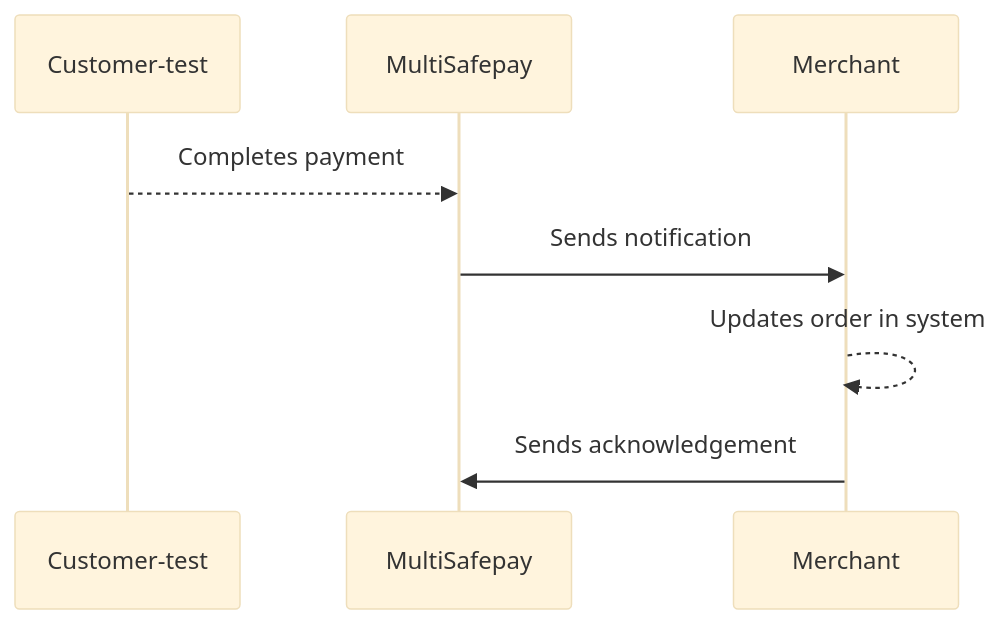
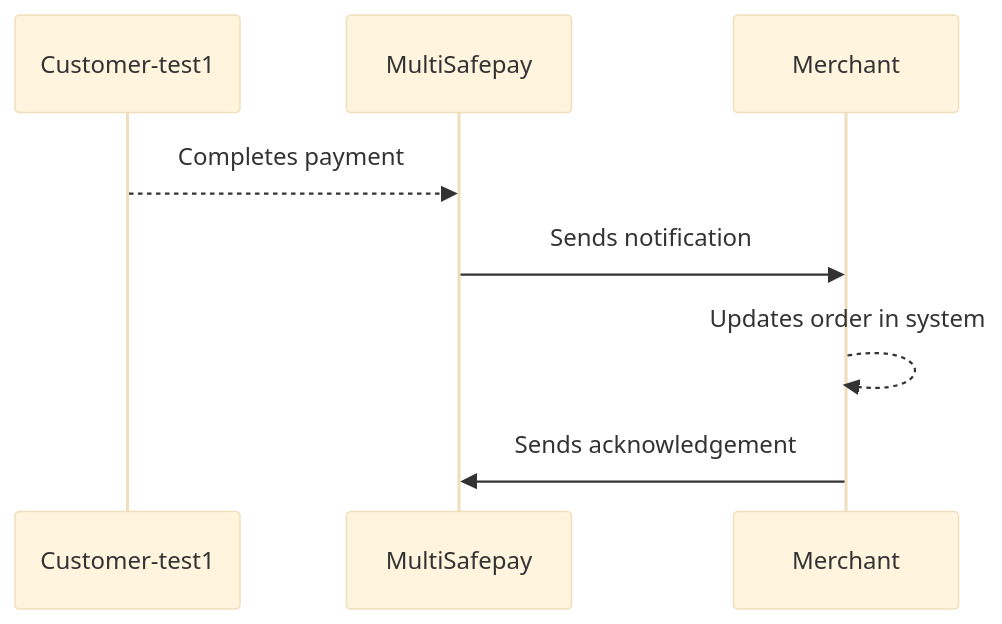
The diagram in static/diagrams/src/webhook.mmd (MultiSafepay/docs), drawn with Mermaid (base theme) before and after one commit. The commit also changed 1 other file, not shown here.

Commit message:
DOCS-3313: GitHub Action to automate mermaid diagrams

```diff
--- a/static/diagrams/src/webhook.mmd
+++ b/static/diagrams/src/webhook.mmd
@@ -1,9 +1,9 @@
 sequenceDiagram
-    participant C as Customer-test
+    participant C as Customer-test1
     participant Mu as MultiSafepay
     participant Me as Merchant
 
     C-->>Mu: Completes payment
     Mu->>Me: Sends notification
     Me-->>Me: Updates order in system
     Me->>Mu: Sends acknowledgement
```
